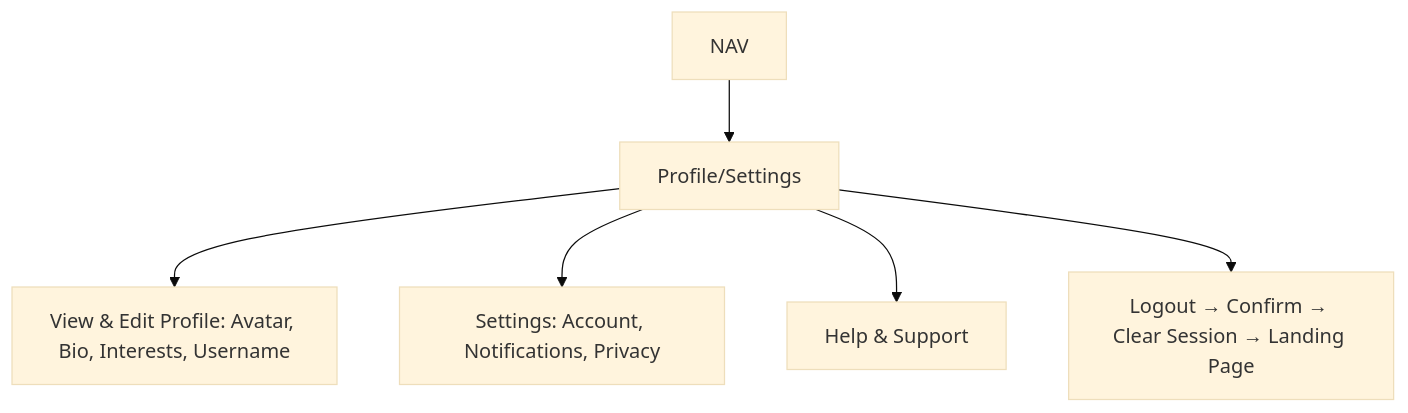
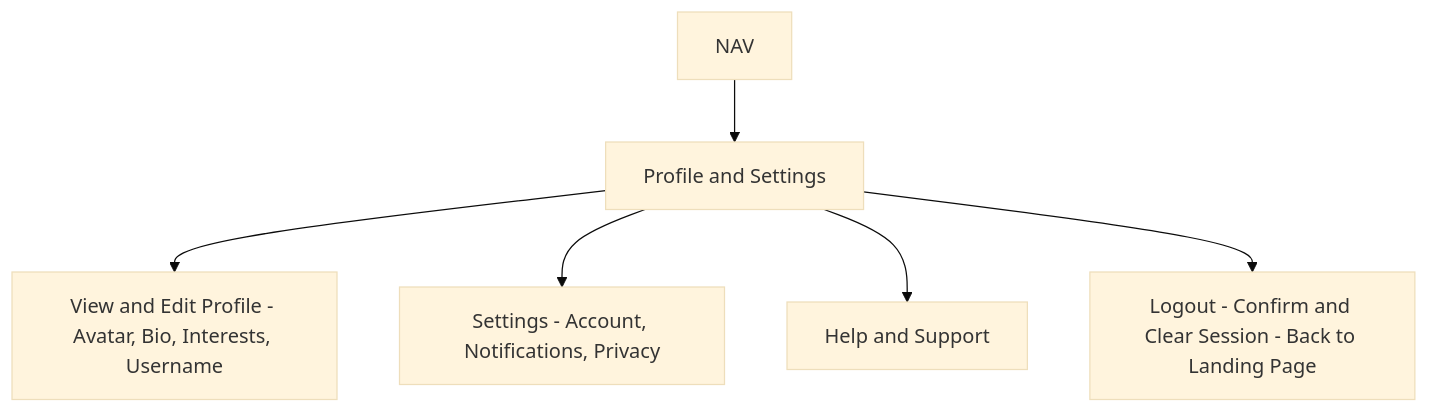
Before and after one commit to SrikanthKoti/nxtup_design: the fifth of 5 diagrams in nxtup_new_userflows.md, drawn with Mermaid (base theme). The commit also changed other lines of this file, not shown here.

````diff
--- a/nxtup_new_userflows.md
+++ b/nxtup_new_userflows.md
@@ -125,8 +125,8 @@
 ```mermaid
 flowchart TD
-  NAV --> PR[Profile/Settings]
-  PR --> P1[View & Edit Profile: Avatar, Bio, Interests, Username]
-  PR --> P2[Settings: Account, Notifications, Privacy]
-  PR --> P3[Help & Support]
-  PR --> P4[Logout → Confirm → Clear Session → Landing Page]
+  NAV --> PR[Profile and Settings]
+  PR --> P1[View and Edit Profile - Avatar, Bio, Interests, Username]
+  PR --> P2[Settings - Account, Notifications, Privacy]
+  PR --> P3[Help and Support]
+  PR --> P4[Logout - Confirm and Clear Session - Back to Landing Page]
 ```
````
